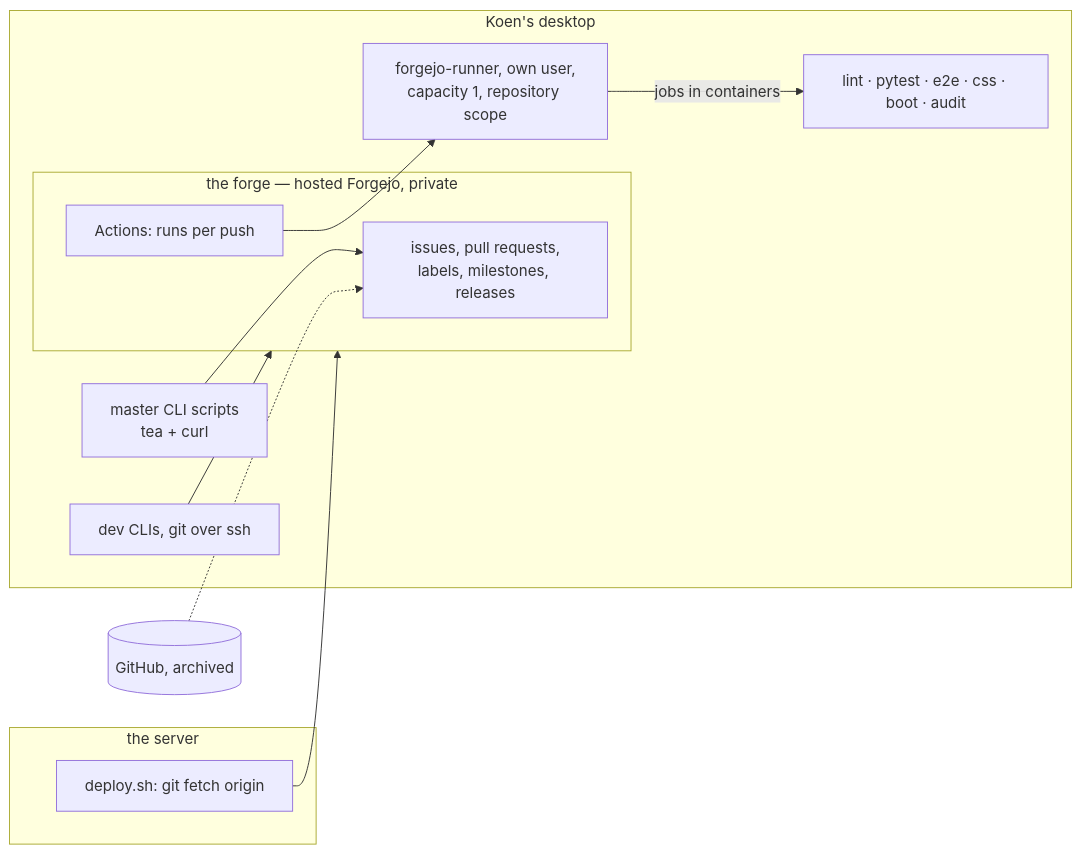
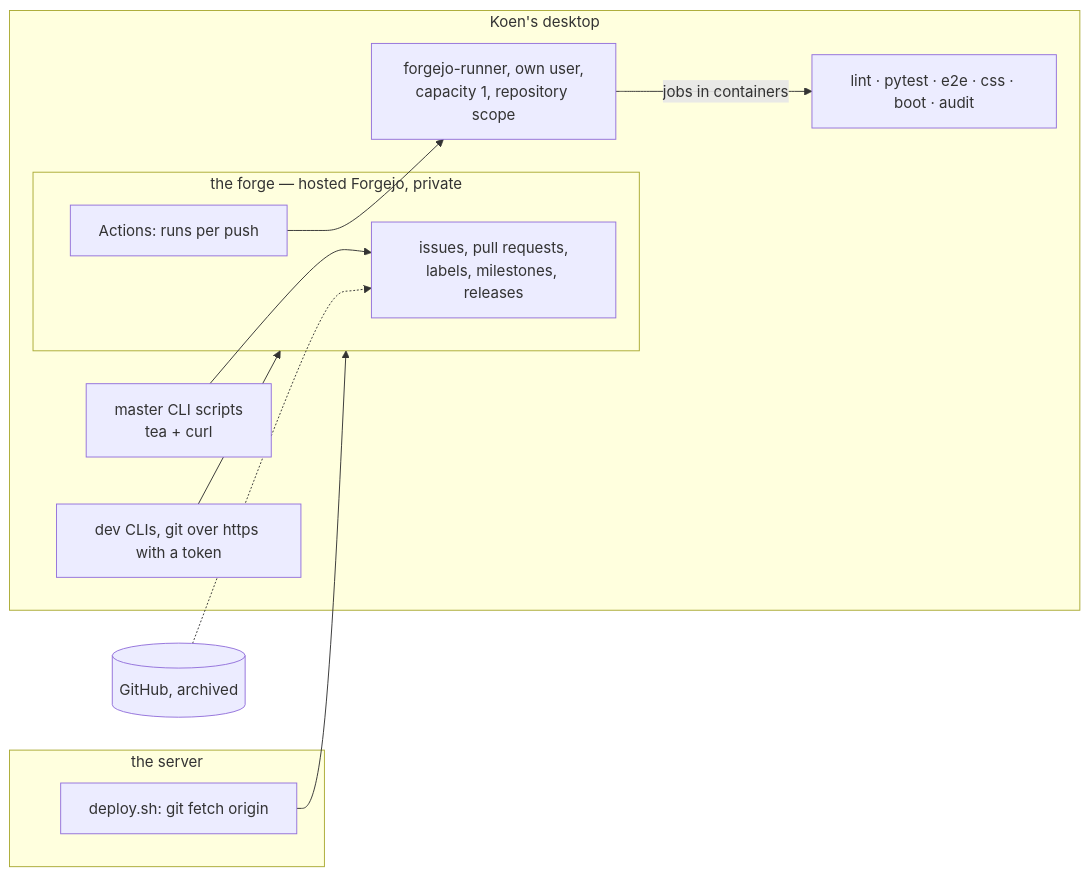
The fourth of 4 diagrams in docs/change_request_30_european_forge.md (KoenRenders/KoenTest), drawn with Mermaid before and after one commit. The commit also changed other lines of this file, not shown here.

First line of the commit message:
docs(cr-30): trial pod measured (MySQL, no SSH); git over https with a token is enough (Koen, 19 Oct)

````diff
--- a/docs/change_request_30_european_forge.md
+++ b/docs/change_request_30_european_forge.md
@@ -153,17 +153,17 @@
 ```mermaid
 flowchart LR
   subgraph forge[the forge — hosted Forgejo, private]
     I[issues, pull requests,\nlabels, milestones, releases]
     A[Actions: runs per push]
   end
   subgraph desktop[Koen's desktop]
     RU[forgejo-runner, own user,\ncapacity 1, repository scope] -->|jobs in containers| J[lint · pytest · e2e · css · boot · audit]
     MC[master CLI scripts\ntea + curl] --> I
-    CLI[dev CLIs, git over ssh] --> forge
+    CLI[dev CLIs, git over https with a token] --> forge
   end
   A --> RU
   subgraph server[the server]
     DEP[deploy.sh: git fetch origin] --> forge
   end
   GH[(GitHub, archived)] -.-> I
 ```
````
